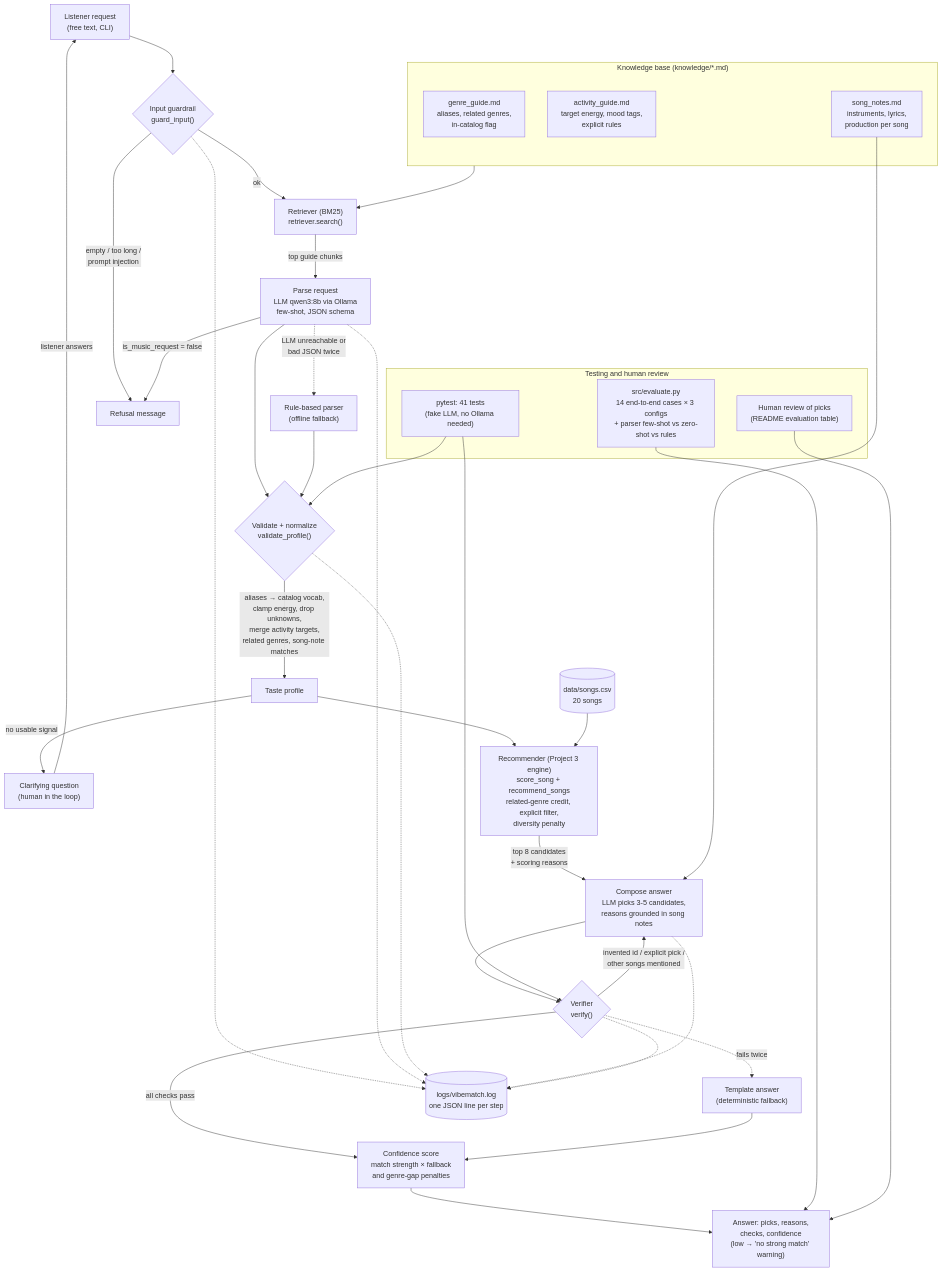
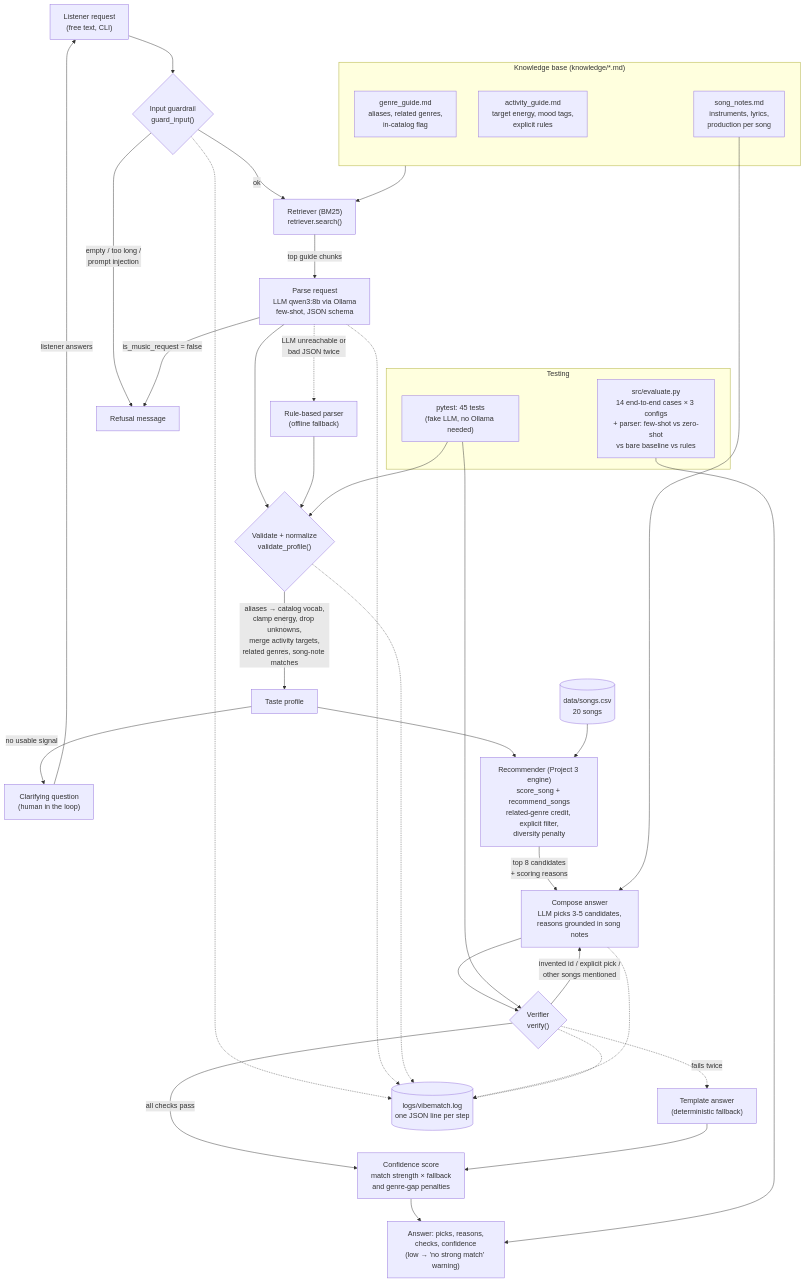
Before and after one commit to nafisurr1/applied-ai-system-project: the diagram in diagrams/architecture.mmd, drawn with Mermaid. The commit also changed 3 other files, not shown here.

```diff
--- a/diagrams/architecture.mmd
+++ b/diagrams/architecture.mmd
@@ -1,49 +1,47 @@
 flowchart TD
     %% VibeMatch 2.0 architecture: matches src/agent.py, src/retriever.py, src/recommender.py and src/evaluate.py
 
     U["Listener request<br/>(free text, CLI)"] --> G{"Input guardrail<br/>guard_input()"}
     G -- "empty / too long /<br/>prompt injection" --> REF["Refusal message"]
     G -- ok --> R["Retriever (BM25)<br/>retriever.search()"]
 
     subgraph KB["Knowledge base (knowledge/*.md)"]
         GG["genre_guide.md<br/>aliases, related genres,<br/>in-catalog flag"]
         AG["activity_guide.md<br/>target energy, mood tags,<br/>explicit rules"]
         SN["song_notes.md<br/>instruments, lyrics,<br/>production per song"]
     end
     KB --> R
 
     R -- "top guide chunks" --> P["Parse request<br/>LLM qwen3:8b via Ollama<br/>few-shot, JSON schema"]
     P -. "LLM unreachable or<br/>bad JSON twice" .-> RB["Rule-based parser<br/>(offline fallback)"]
     P --> V{"Validate + normalize<br/>validate_profile()"}
     RB --> V
     P -- "is_music_request = false" --> REF
     V -- "aliases → catalog vocab,<br/>clamp energy, drop unknowns,<br/>merge activity targets,<br/>related genres, song-note matches" --> PR["Taste profile"]
     PR -- "no usable signal" --> CL["Clarifying question<br/>(human in the loop)"]
     CL -- "listener answers" --> U
     PR --> REC["Recommender (Project 3 engine)<br/>score_song + recommend_songs<br/>related-genre credit, explicit filter,<br/>diversity penalty"]
     D[("data/songs.csv<br/>20 songs")] --> REC
     REC -- "top 8 candidates<br/>+ scoring reasons" --> C["Compose answer<br/>LLM picks 3-5 candidates,<br/>reasons grounded in song notes"]
     SN --> C
     C --> VF{"Verifier<br/>verify()"}
     VF -- "invented id / explicit pick /<br/>other songs mentioned" --> C
     VF -. "fails twice" .-> T["Template answer<br/>(deterministic fallback)"]
     VF -- "all checks pass" --> CF["Confidence score<br/>match strength × fallback<br/>and genre-gap penalties"]
     T --> CF
     CF --> OUT["Answer: picks, reasons,<br/>checks, confidence<br/>(low → 'no strong match' warning)"]
 
     LOG[("logs/vibematch.log<br/>one JSON line per step")]
     G -.-> LOG
     P -.-> LOG
     V -.-> LOG
     C -.-> LOG
     VF -.-> LOG
 
-    subgraph TEST["Testing and human review"]
-        PY["pytest: 41 tests<br/>(fake LLM, no Ollama needed)"]
-        EV["src/evaluate.py<br/>14 end-to-end cases × 3 configs<br/>+ parser few-shot vs zero-shot vs rules"]
-        HR["Human review of picks<br/>(README evaluation table)"]
+    subgraph TEST["Testing"]
+        PY["pytest: 45 tests<br/>(fake LLM, no Ollama needed)"]
+        EV["src/evaluate.py<br/>14 end-to-end cases × 3 configs<br/>+ parser: few-shot vs zero-shot<br/>vs bare baseline vs rules"]
     end
     EV --> OUT
     PY --> V
     PY --> VF
-    HR --> OUT
```
